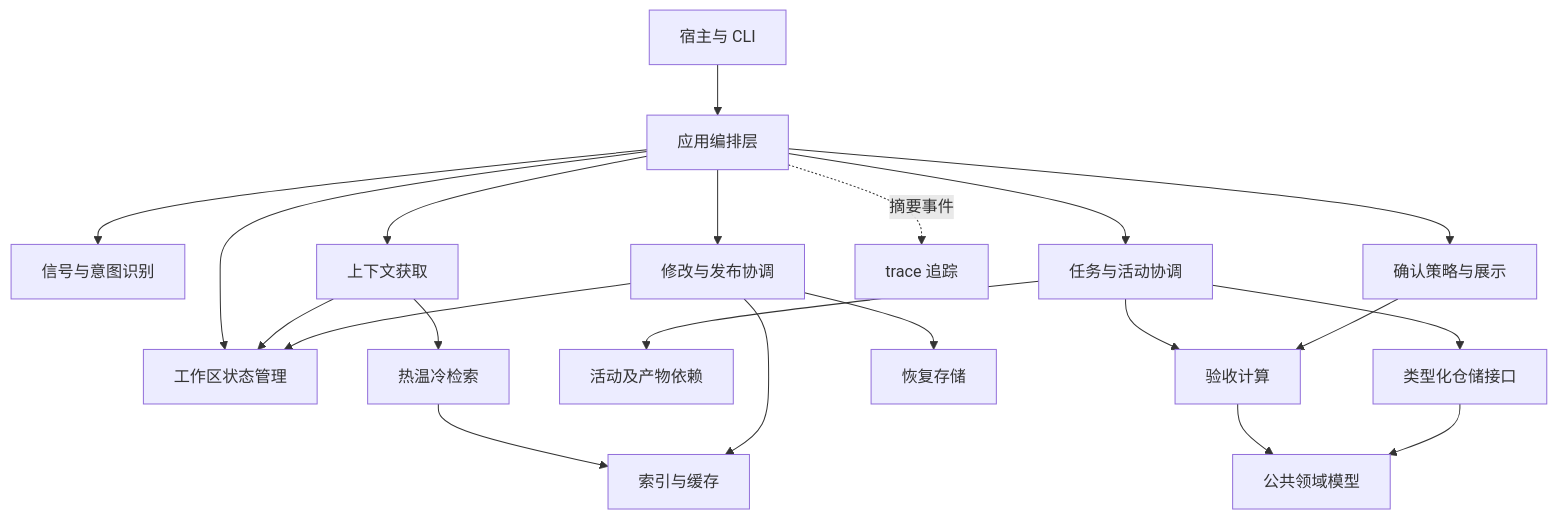
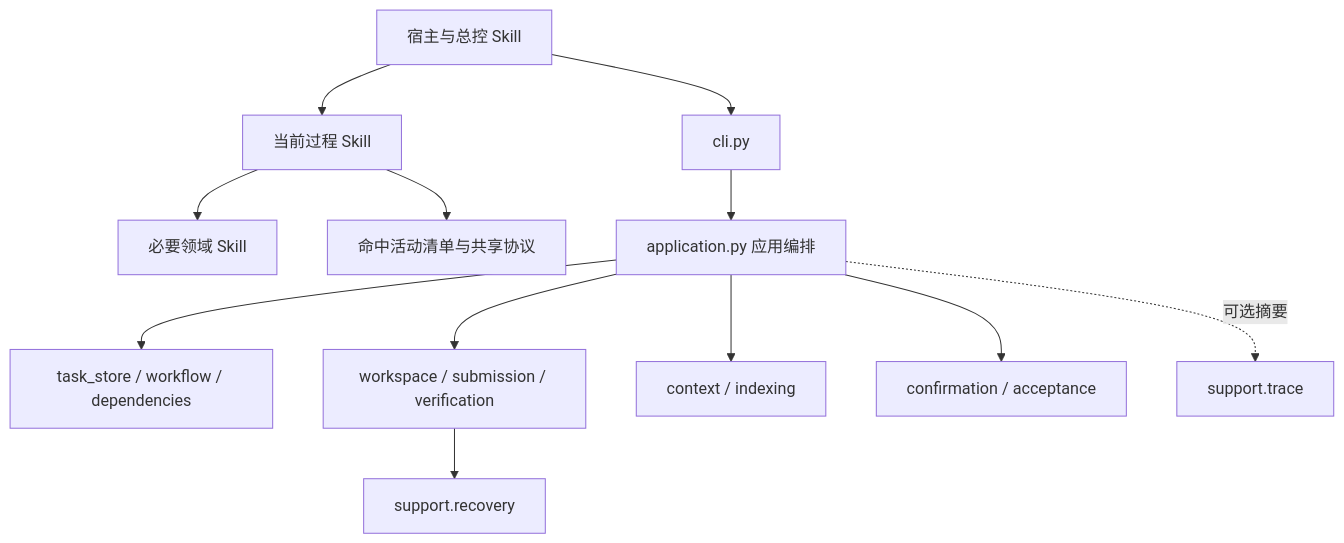
One commit to zhaoxuan-inside/hs-dev-skill changed the diagram in hs-dev-docs/skill-redesign.md. Above: the diagram before and after it, drawn with Mermaid. The commit also changed other lines of this file and 12 other files, not shown here.

````diff
--- a/hs-dev-docs/skill-redesign.md
+++ b/hs-dev-docs/skill-redesign.md
@@ -24,23 +7,14 @@
 ```mermaid
 flowchart TD
-    Host[宿主与 CLI] --> App[应用编排层]
-    App --> State[工作区状态管理]
-    App --> Intent[信号与意图识别]
-    App --> Task[任务与活动协调]
-    App --> Context[上下文获取]
-    App --> Confirm[确认策略与展示]
-    App -. 摘要事件 .-> Trace[trace 追踪]
-    Task --> Acceptance[验收计算]
-    Task --> Dependency[活动及产物依赖]
-    Confirm --> Acceptance
-    Context --> State
-    Context --> Retrieval[热温冷检索]
-    Retrieval --> Index[索引与缓存]
-    App --> Change[修改与发布协调]
-    Change --> State
-    Change --> Index
-    Change --> Recovery[恢复存储]
-    Task --> Repo[类型化仓储接口]
-    Acceptance --> Models[公共领域模型]
-    Repo --> Models
+    Host[宿主与总控 Skill] --> Process[当前过程 Skill]
+    Process --> Domain[必要领域 Skill]
+    Process --> Rules[命中活动清单与共享协议]
+    Host --> CLI[cli.py]
+    CLI --> App[application.py 应用编排]
+    App --> Task[task_store / workflow / dependencies]
+    App --> Workspace[workspace / submission / verification]
+    App --> Context[context / indexing]
+    App --> Confirm[confirmation / acceptance]
+    Workspace --> Recovery[support.recovery]
+    App -. 可选摘要 .-> Trace[support.trace]
 ```
````
